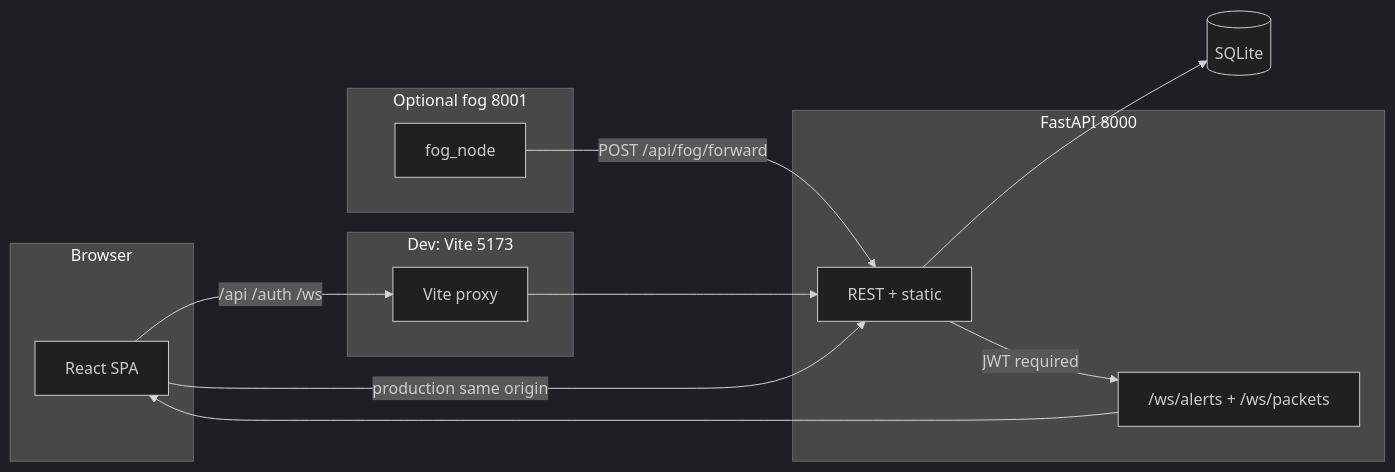
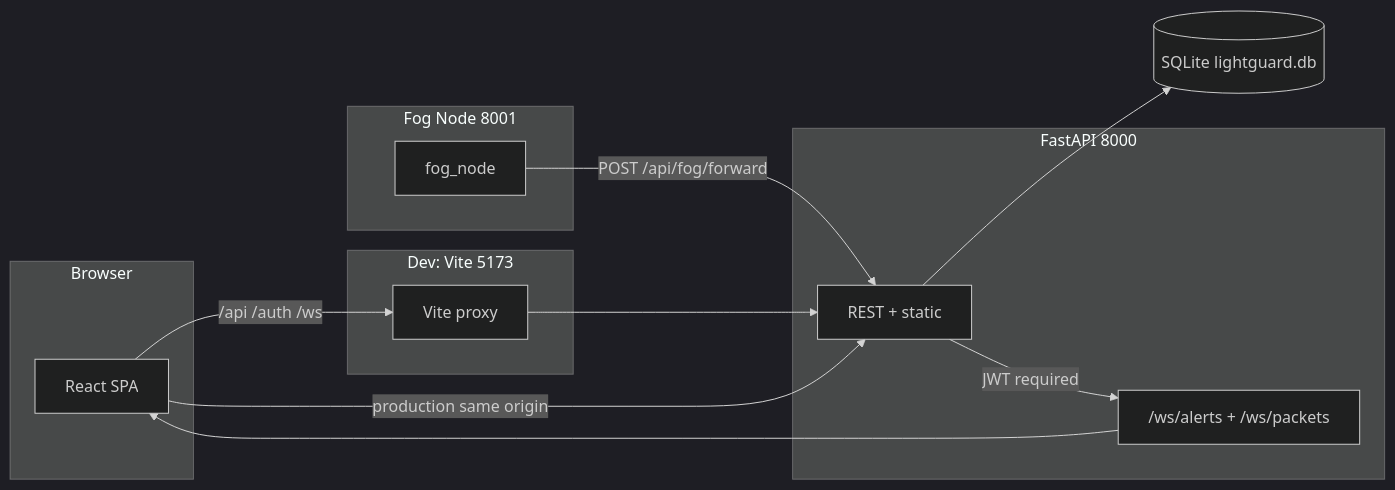
The second of 2 diagrams in README.md (ghassanalmazruii92/LightGuard-IDS), drawn with Mermaid (dark theme) before and after one commit. The commit also changed other lines of this file and 1 other file, not shown here.

````diff
--- a/README.md
+++ b/README.md
@@ -41,24 +70,24 @@
 ```mermaid
 flowchart LR
   subgraph browser [Browser]
     UI[React SPA]
   end
   subgraph dev [Dev: Vite 5173]
     V[Vite proxy]
   end
   subgraph server [FastAPI 8000]
     API[REST + static]
     WS["/ws/alerts + /ws/packets"]
   end
-  DB[(SQLite)]
-  subgraph optional [Optional fog 8001]
+  DB[(SQLite lightguard.db)]
+  subgraph fog [Fog Node 8001]
     FO[fog_node]
   end
   UI -->|"/api /auth /ws"| V
   V --> API
   UI -->|production same origin| API
   API --> DB
-  API -->|"JWT required"| WS
+  API -->|JWT required| WS
   WS --> UI
   FO -->|POST /api/fog/forward| API
 ```
````
